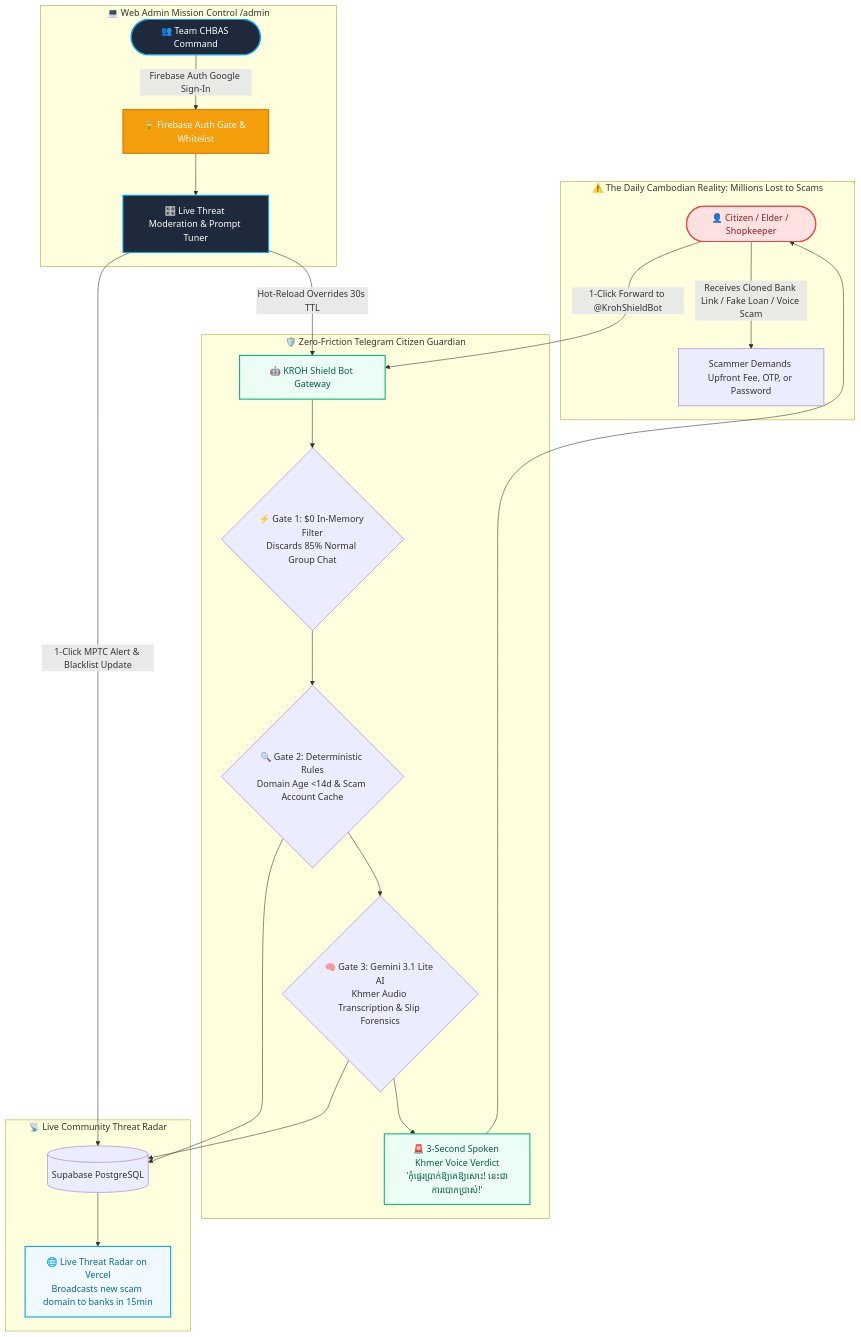
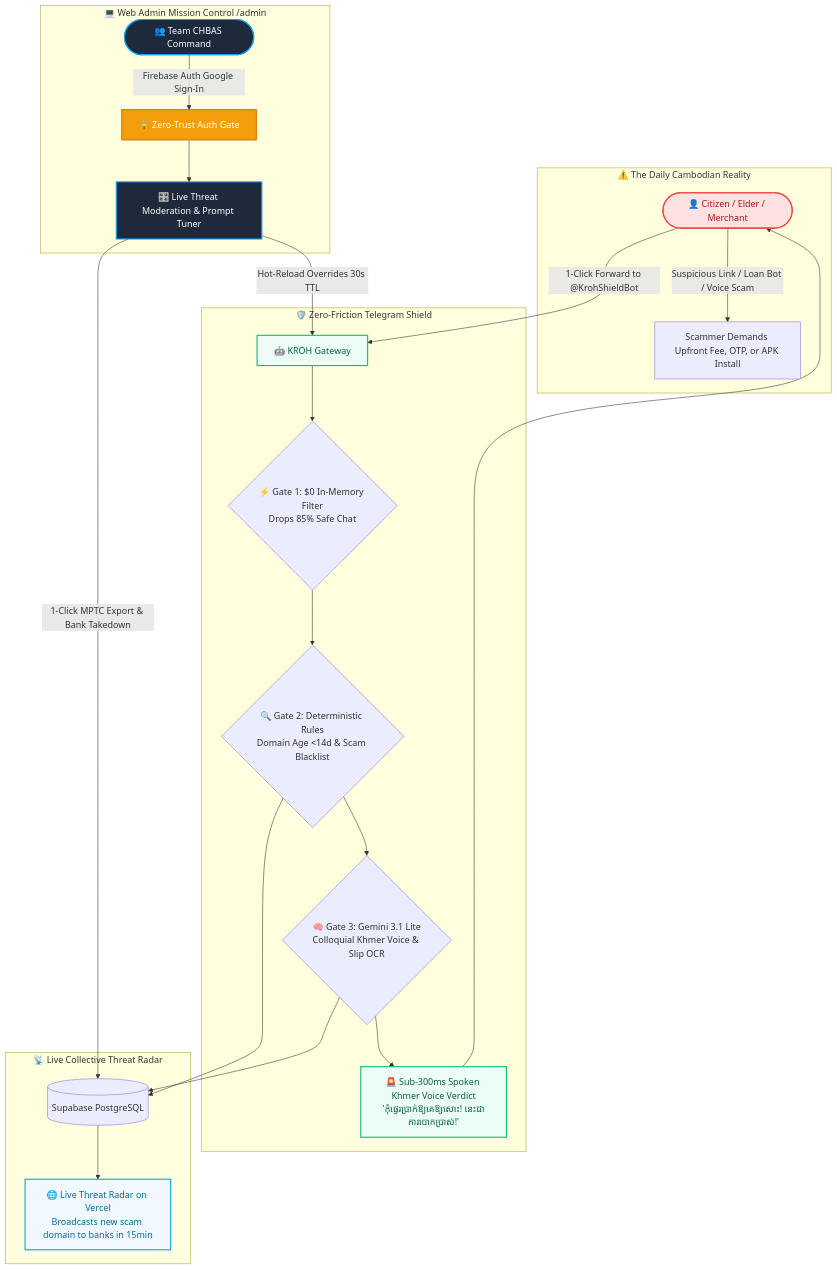
One commit to christpor/kroh-ai-hackathon changed the first of 2 diagrams in README.md. Above: the diagram before and after it, drawn with Mermaid. The commit also changed other lines of this file, not shown here.

````diff
--- a/README.md
+++ b/README.md
@@ -36,33 +37,33 @@
 ```mermaid
 graph TD
   classDef victim fill:#fee2e2,stroke:#ef4444,stroke-width:2px,color:#991b1b;
   classDef shield fill:#ecfdf5,stroke:#10b981,stroke-width:2px,color:#065f46;
   classDef radar fill:#f0f9ff,stroke:#0ea5e9,stroke-width:2px,color:#0369a1;
   classDef admin fill:#1e293b,stroke:#0ea5e9,stroke-width:2px,color:#fff;
   classDef auth fill:#f59e0b,stroke:#d97706,stroke-width:2px,color:#fff;
 
-  subgraph The Problem [⚠️ The Daily Cambodian Reality: Millions Lost to Scams]
-    Victim([👤 Citizen / Elder / Shopkeeper]):::victim -->|Receives Cloned Bank Link / Fake Loan / Voice Scam| Trap[Scammer Demands Upfront Fee, OTP, or Password]
+  subgraph The Problem [⚠️ The Daily Cambodian Reality]
+    Victim([👤 Citizen / Elder / Merchant]):::victim -->|Suspicious Link / Loan Bot / Voice Scam| Trap[Scammer Demands Upfront Fee, OTP, or APK Install]
   end
 
-  subgraph The KROH Solution [🛡️ Zero-Friction Telegram Citizen Guardian]
-    Victim -->|1-Click Forward to @KrohShieldBot| Bot[🤖 KROH Shield Bot Gateway]:::shield
-    Bot --> Gate1{⚡ Gate 1: $0 In-Memory Filter<br/>Discards 85% Normal Group Chat}
-    Gate1 --> Gate2{🔍 Gate 2: Deterministic Rules<br/>Domain Age <14d & Scam Account Cache}
-    Gate2 --> Gate3{🧠 Gate 3: Gemini 3.1 Lite AI<br/>Khmer Audio Transcription & Slip Forensics}
-    Gate3 --> VoiceAlert[🚨 3-Second Spoken Khmer Voice Verdict<br/>'កុំផ្ទេរប្រាក់ឱ្យគេឱ្យសោះ! នេះជាការបោកប្រាស់!']:::shield
+  subgraph The KROH Solution [🛡️ Zero-Friction Telegram Shield]
+    Victim -->|1-Click Forward to @KrohShieldBot| Bot[🤖 KROH Gateway]:::shield
+    Bot --> Gate1{⚡ Gate 1: $0 In-Memory Filter<br/>Drops 85% Safe Chat}
+    Gate1 --> Gate2{🔍 Gate 2: Deterministic Rules<br/>Domain Age <14d & Scam Blacklist}
+    Gate2 --> Gate3{🧠 Gate 3: Gemini 3.1 Lite<br/>Colloquial Khmer Voice & Slip OCR}
+    Gate3 --> VoiceAlert[🚨 Sub-300ms Spoken Khmer Voice Verdict<br/>'កុំផ្ទេរប្រាក់ឱ្យគេឱ្យសោះ! នេះជាការបោកប្រាស់!']:::shield
     VoiceAlert --> Victim
   end
 
   subgraph Mission Control [💻 Web Admin Mission Control /admin]
-    TeamCHBAS([👥 Team CHBAS Command]):::admin -->|Firebase Auth Google Sign-In| FireGate[🔒 Firebase Auth Gate & Whitelist]:::auth
+    TeamCHBAS([👥 Team CHBAS Command]):::admin -->|Firebase Auth Google Sign-In| FireGate[🔒 Zero-Trust Auth Gate]:::auth
     FireGate --> AdminHub[🎛️ Live Threat Moderation & Prompt Tuner]:::admin
     AdminHub -->|Hot-Reload Overrides 30s TTL| Bot
   end
 
-  subgraph National Collective Immunity [📡 Live Community Threat Radar]
+  subgraph National Immunity [📡 Live Collective Threat Radar]
     Gate2 & Gate3 --> TelemetryStream[(Supabase PostgreSQL)]
-    AdminHub -->|1-Click MPTC Alert & Blacklist Update| TelemetryStream
+    AdminHub -->|1-Click MPTC Export & Bank Takedown| TelemetryStream
     TelemetryStream --> LiveRadarMap[🌐 Live Threat Radar on Vercel<br/>Broadcasts new scam domain to banks in 15min]:::radar
   end
 ```
````
